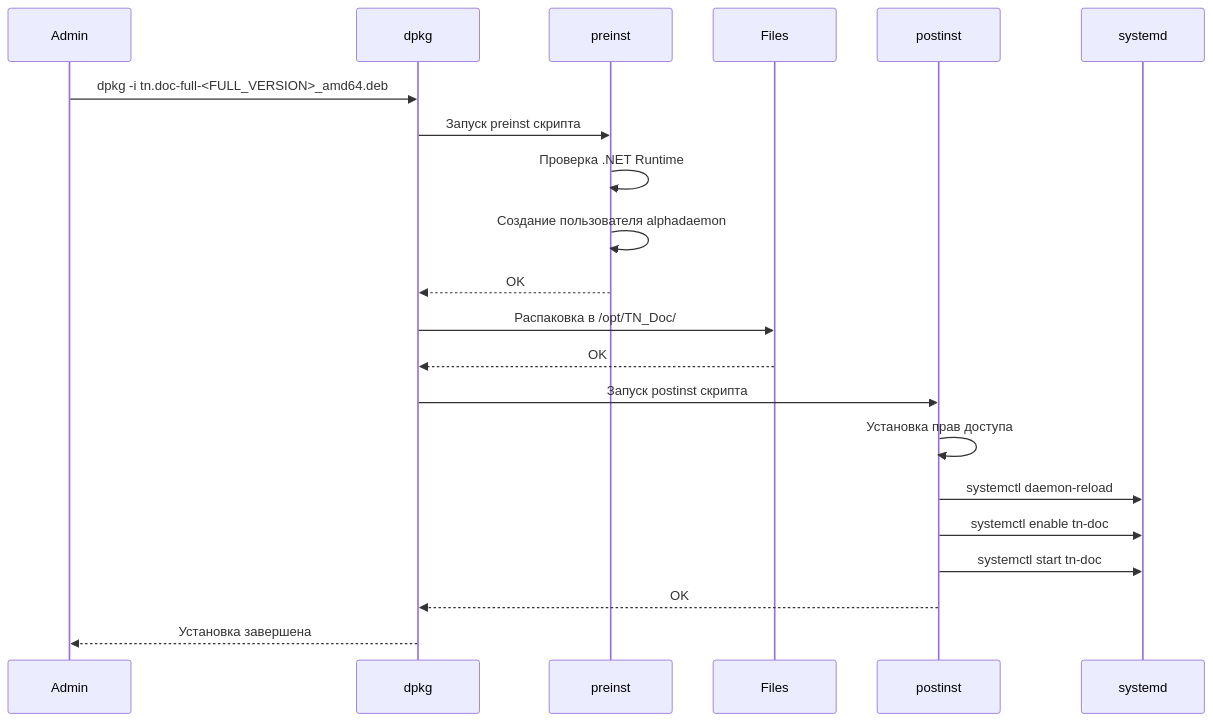
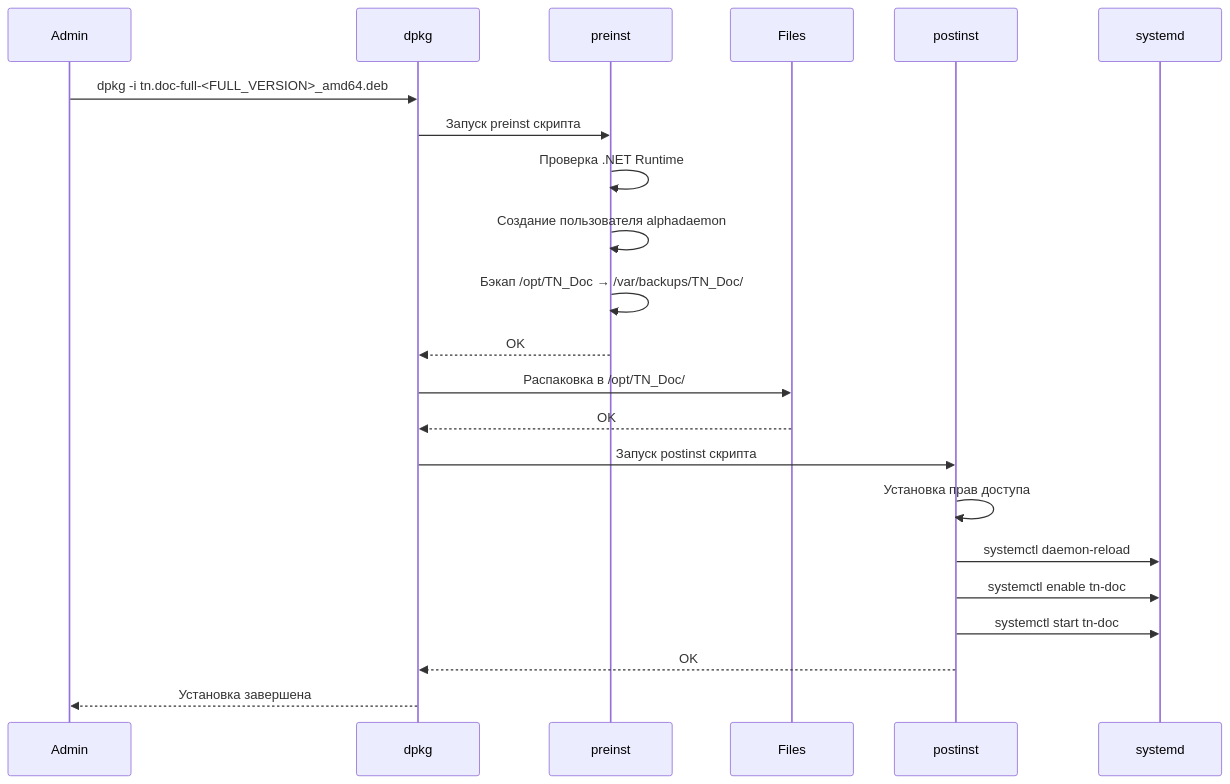
One commit to tn-ivk/tn-doc changed the second of 2 diagrams in docs/deployment/linux.md. Above: the diagram before and after it, drawn with Mermaid. The commit also changed other lines of this file and 4 other files, not shown here.

````diff
--- a/docs/deployment/linux.md
+++ b/docs/deployment/linux.md
@@ -84,27 +84,28 @@
 ```mermaid
 sequenceDiagram
     participant Admin
     participant dpkg
     participant preinst
     participant Files
     participant postinst
     participant systemd
 
     Admin->>dpkg: dpkg -i tn.doc-full-<FULL_VERSION>_amd64.deb
     dpkg->>preinst: Запуск preinst скрипта
     preinst->>preinst: Проверка .NET Runtime
     preinst->>preinst: Создание пользователя alphadaemon
+    preinst->>preinst: Бэкап /opt/TN_Doc → /var/backups/TN_Doc/
     preinst-->>dpkg: OK
 
     dpkg->>Files: Распаковка в /opt/TN_Doc/
     Files-->>dpkg: OK
 
     dpkg->>postinst: Запуск postinst скрипта
     postinst->>postinst: Установка прав доступа
     postinst->>systemd: systemctl daemon-reload
     postinst->>systemd: systemctl enable tn-doc
     postinst->>systemd: systemctl start tn-doc
     postinst-->>dpkg: OK
 
     dpkg-->>Admin: Установка завершена
 ```
````
